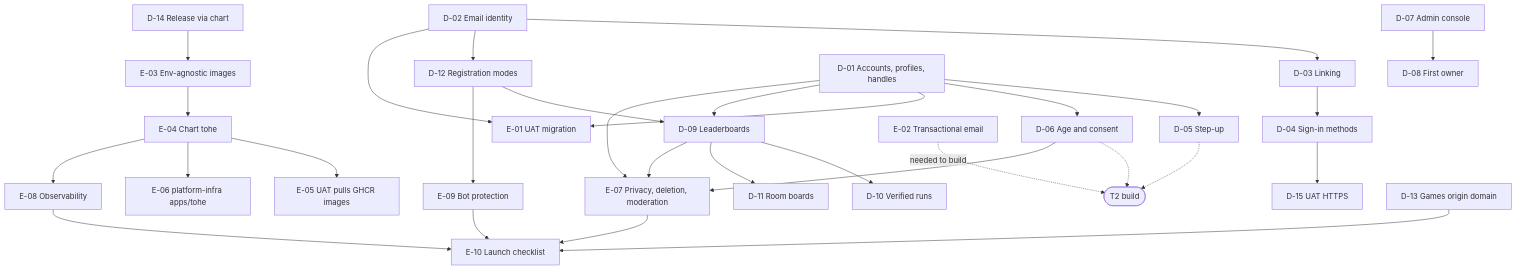
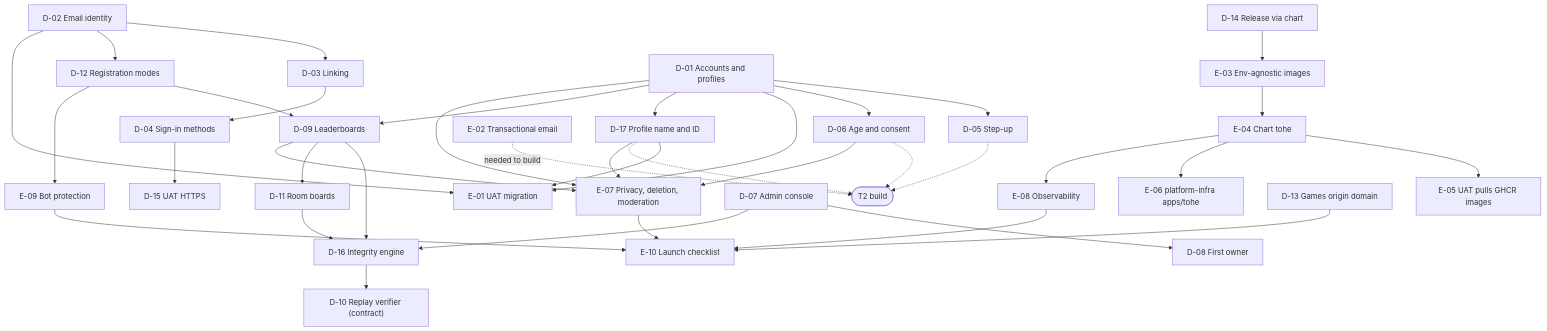
Before and after one commit to vinh466/tohe-play: the diagram in plans/public-launch/map.md, drawn with Mermaid. The commit also changed other lines of this file and 17 other files, not shown here.

First line of the commit message:
docs(plans): profile IDs, the integrity engine, and the owner's calls

````diff
--- a/plans/public-launch/map.md
+++ b/plans/public-launch/map.md
@@ -22,36 +22,43 @@
 ```mermaid
 flowchart TD
   D14["D-14 Release via chart"] --> E03["E-03 Env-agnostic images"]
   E03 --> E04["E-04 Chart tohe"]
   E04 --> E05["E-05 UAT pulls GHCR images"]
   E04 --> E06["E-06 platform-infra apps/tohe"]
   E04 --> E08["E-08 Observability"]
   D04["D-04 Sign-in methods"] --> D15["D-15 UAT HTTPS"]
 
   D02["D-02 Email identity"] --> D03["D-03 Linking"]
   D03 --> D04
   D02 --> D12["D-12 Registration modes"]
-  D01["D-01 Accounts, profiles, handles"] --> D05["D-05 Step-up"]
+  D01["D-01 Accounts and profiles"] --> D05["D-05 Step-up"]
   D01 --> D06["D-06 Age and consent"]
   D01 --> E01["E-01 UAT migration"]
   D02 --> E01
+  D01 --> D17["D-17 Profile name and ID"]
+  D17 --> E01
+  D17 -.-> T2build
   E02["E-02 Transactional email"] -.->|"needed to build"| T2build(["T2 build"])
   D05 -.-> T2build
   D06 -.-> T2build
 
   D07["D-07 Admin console"] --> D08["D-08 First owner"]
 
   D01 --> D09["D-09 Leaderboards"]
   D12 --> D09
-  D09 --> D10["D-10 Verified runs"]
+  D09 --> D16["D-16 Integrity engine"]
+  D16 --> D10["D-10 Replay verifier (contract)"]
   D09 --> D11["D-11 Room boards"]
+  D11 --> D16
+  D07 --> D16
 
   D01 --> E07["E-07 Privacy, deletion, moderation"]
+  D17 --> E07
   D06 --> E07
   D09 --> E07
   D12 --> E09["E-09 Bot protection"]
   E07 --> E10["E-10 Launch checklist"]
   E08 --> E10
   E09 --> E10
   D13["D-13 Games origin domain"] --> E10
 ```
````
